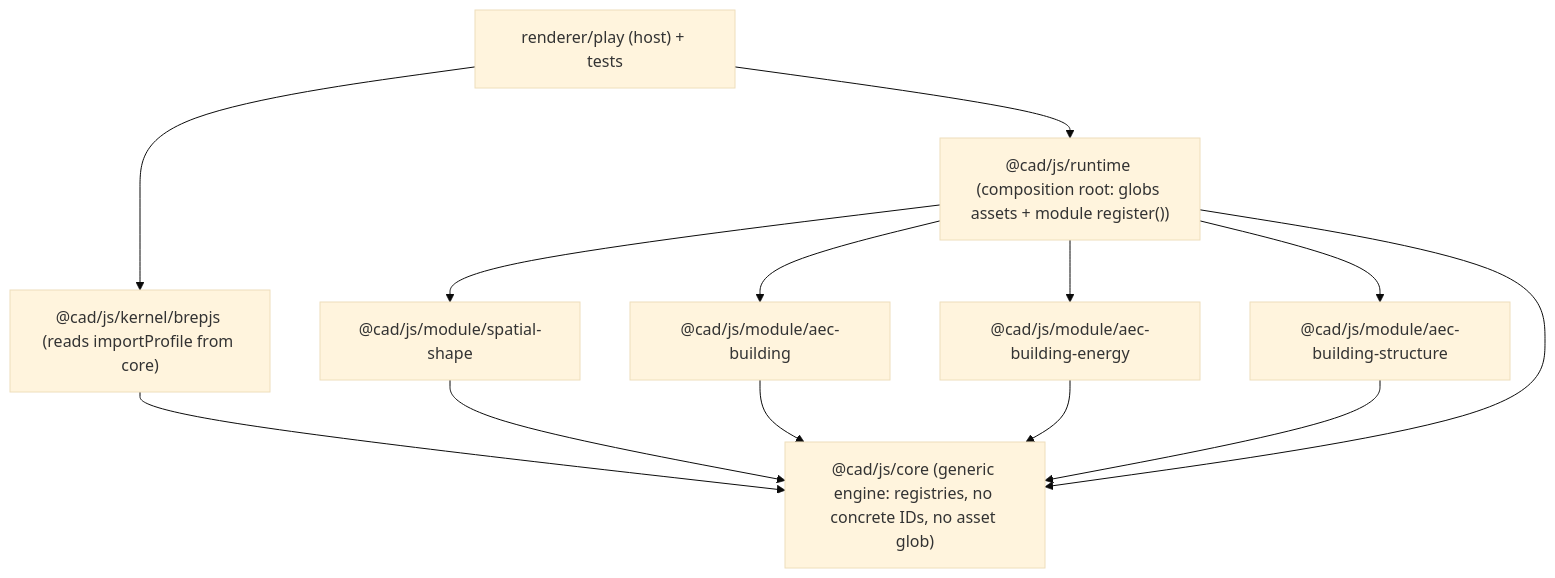
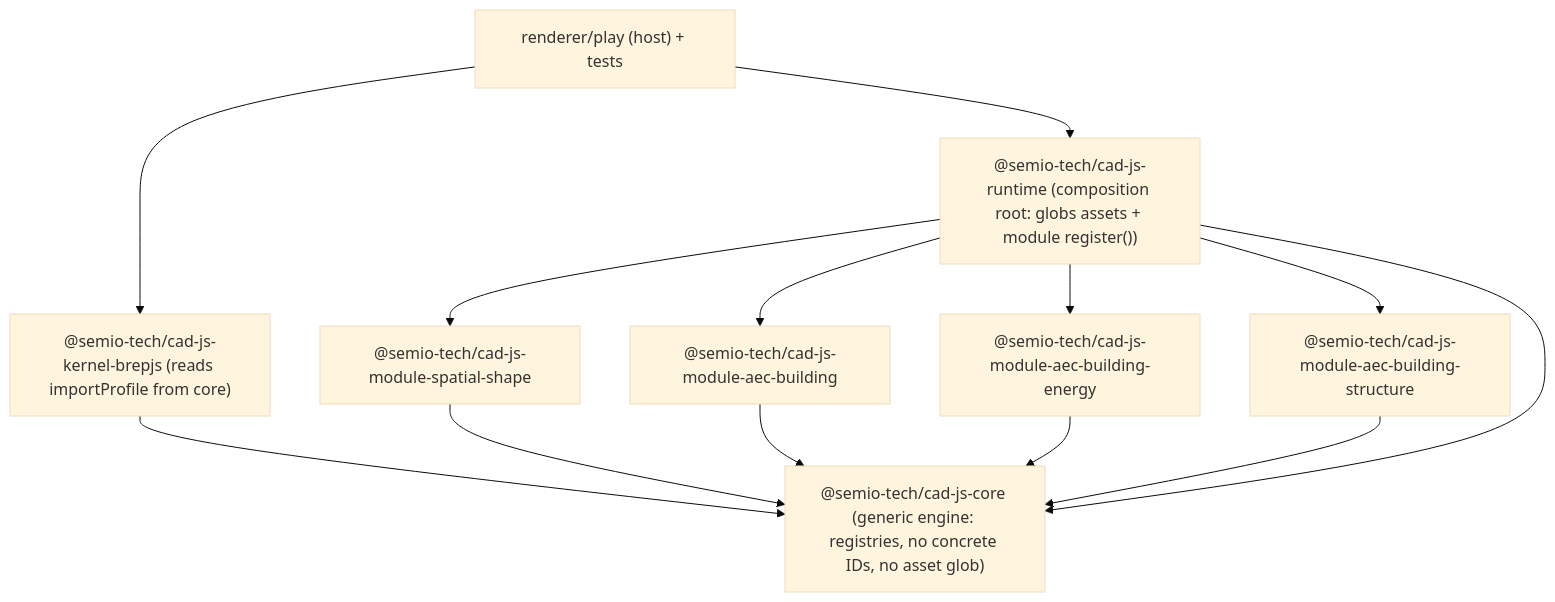
The diagram in .cursor/plans/cad-generalize-modeldefs_0dfb6842.plan.md (usalu/semio), drawn with Mermaid (base theme) before and after one commit. The commit also changed other lines of this file and 1282 other files, not shown here.

````diff
--- a/.cursor/plans/cad-generalize-modeldefs_0dfb6842.plan.md
+++ b/.cursor/plans/cad-generalize-modeldefs_0dfb6842.plan.md
@@ -48,24 +48,24 @@
 ```mermaid
 flowchart TD
-  core["@cad/js/core (generic engine: registries, no concrete IDs, no asset glob)"]
-  kernel["@cad/js/kernel/brepjs (reads importProfile from core)"]
-  shape["@cad/js/module/spatial-shape"]
-  building["@cad/js/module/aec-building"]
-  energy["@cad/js/module/aec-building-energy"]
-  structure["@cad/js/module/aec-building-structure"]
-  runtime["@cad/js/runtime (composition root: globs assets + module register())"]
+  core["@semio-tech/cad-js-core (generic engine: registries, no concrete IDs, no asset glob)"]
+  kernel["@semio-tech/cad-js-kernel-brepjs (reads importProfile from core)"]
+  shape["@semio-tech/cad-js-module-spatial-shape"]
+  building["@semio-tech/cad-js-module-aec-building"]
+  energy["@semio-tech/cad-js-module-aec-building-energy"]
+  structure["@semio-tech/cad-js-module-aec-building-structure"]
+  runtime["@semio-tech/cad-js-runtime (composition root: globs assets + module register())"]
   play["renderer/play (host) + tests"]
 
   kernel --> core
   shape --> core
   building --> core
   energy --> core
   structure --> core
   runtime --> shape
   runtime --> building
   runtime --> energy
   runtime --> structure
   runtime --> core
   play --> runtime
   play --> kernel
 ```
````
